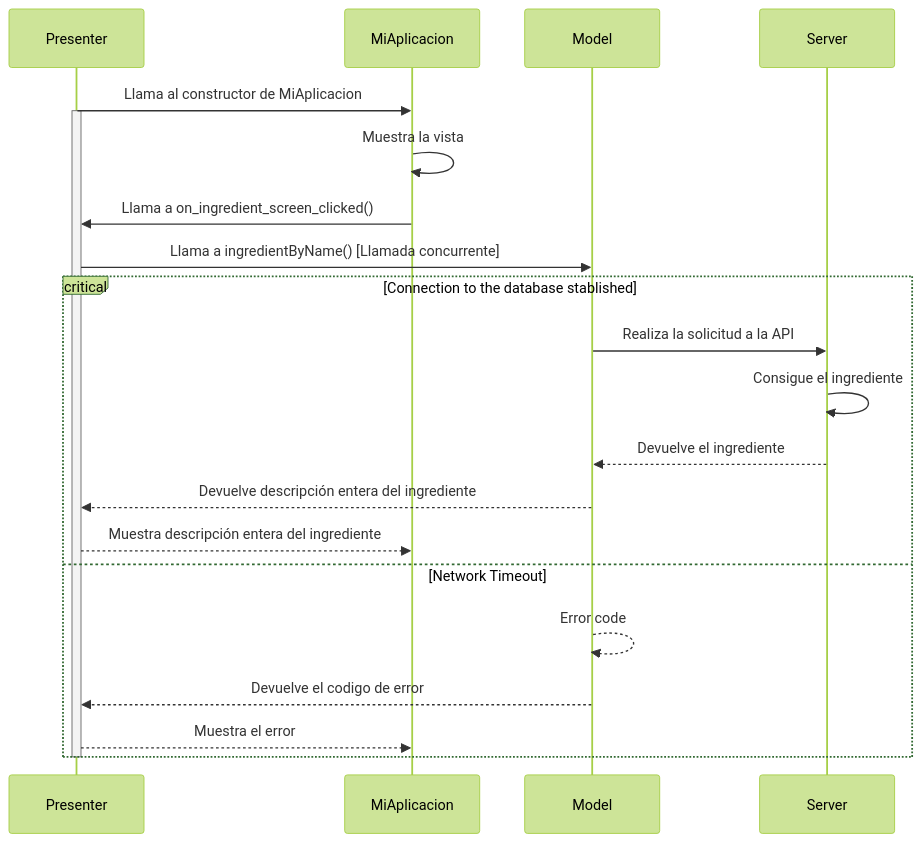
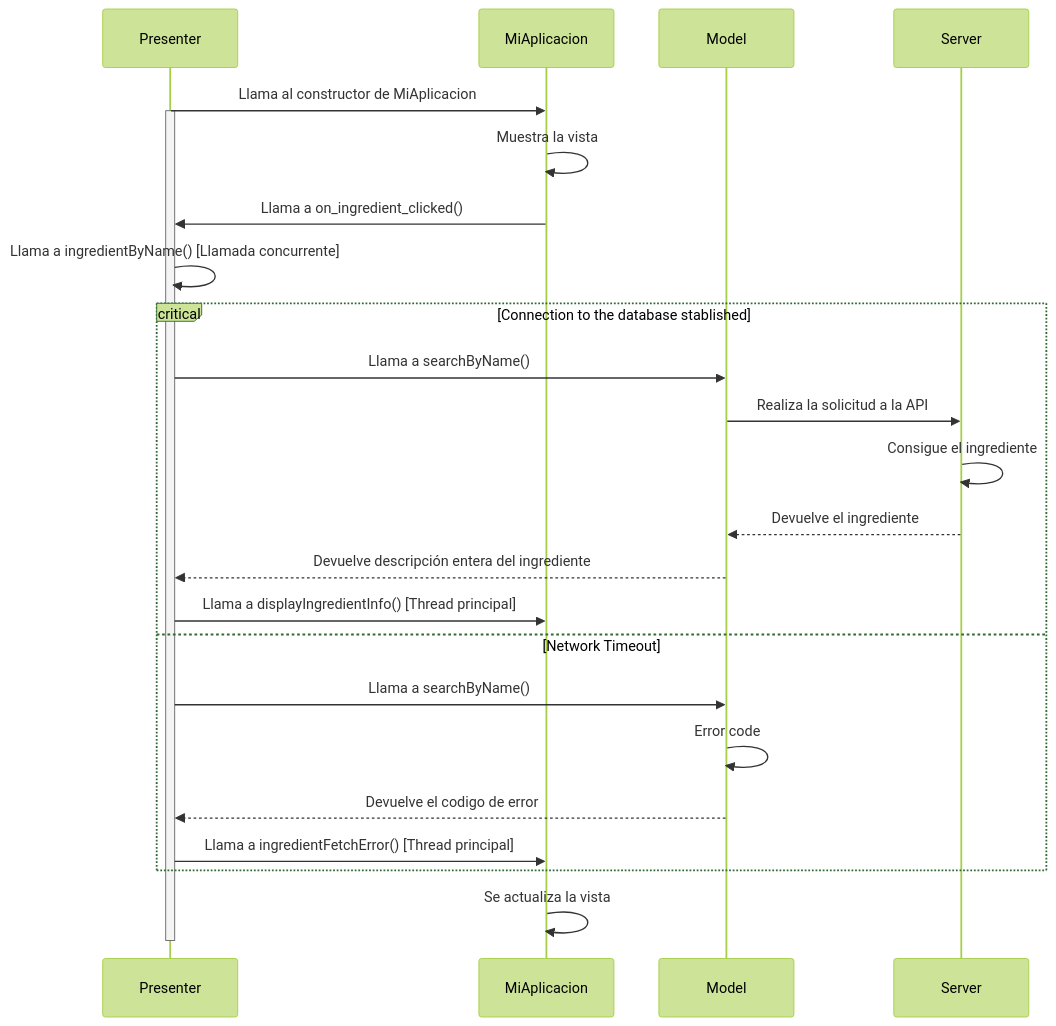
One commit to braisf03/IPM changed the third of 7 diagrams in Desktop/diseño_sw.md. Above: the diagram before and after it, drawn with Mermaid (forest theme). The commit also changed other lines of this file, not shown here.

````diff
--- a/Desktop/diseño_sw.md
+++ b/Desktop/diseño_sw.md
@@ -130,32 +130,35 @@
 ```mermaid
 sequenceDiagram
 
 #--------------Definiciones de actores--------------#
     participant Presenter as Presenter
     participant MiAplicacion as MiAplicacion
     participant Model as Model
     participant Server as Server
 
 #--------------Inicio de la aplicación--------------#
     Presenter->>MiAplicacion: Llama al constructor de MiAplicacion
     activate Presenter
     MiAplicacion->>MiAplicacion: Muestra la vista
-    MiAplicacion->>Presenter: Llama a on_ingredient_screen_clicked()
-    Presenter->>Model: Llama a ingredientByName() [Llamada concurrente]
+    MiAplicacion->>Presenter: Llama a on_ingredient_clicked()
+    Presenter->>Presenter: Llama a ingredientByName() [Llamada concurrente]
 
-#-------------Accesos a la base de datos------------#        
+#-------------Accesos a la base de datos------------#
     critical Connection to the database stablished
+        Presenter ->> Model : Llama a searchByName()
         Model->>Server: Realiza la solicitud a la API
         Server->>Server: Consigue el ingrediente
         Server-->>Model: Devuelve el ingrediente
         Model-->>Presenter: Devuelve descripción entera del ingrediente
-        Presenter-->>MiAplicacion: Muestra descripción entera del ingrediente
+        Presenter->>MiAplicacion: Llama a displayIngredientInfo() [Thread principal]
     option Network Timeout
-            Model-->>Model: Error code
+            Presenter ->> Model : Llama a searchByName()
+            Model->>Model: Error code
             Model-->>Presenter: Devuelve el codigo de error
-            Presenter-->>MiAplicacion: Muestra el error
+            Presenter->>MiAplicacion: Llama a ingredientFetchError() [Thread principal]
     end
    
+    MiAplicacion->> MiAplicacion : Se actualiza la vista
     deactivate Presenter
 
 ```
````
